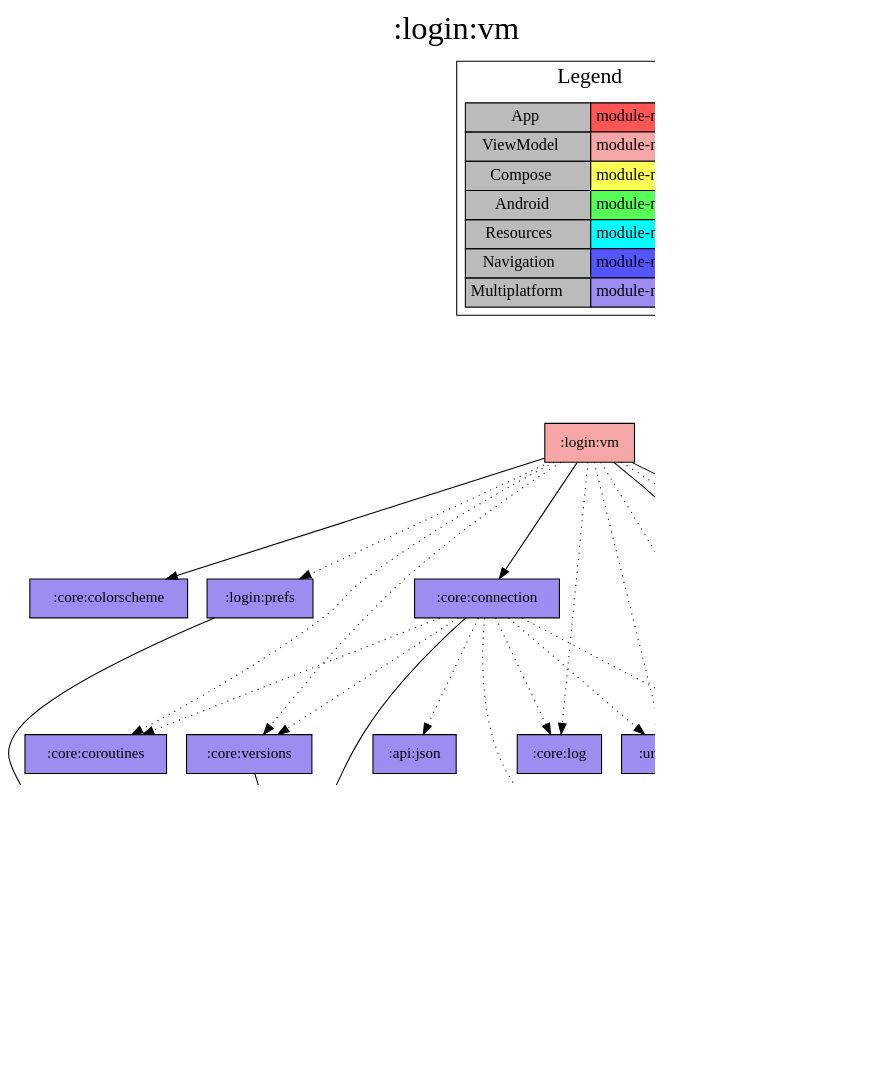
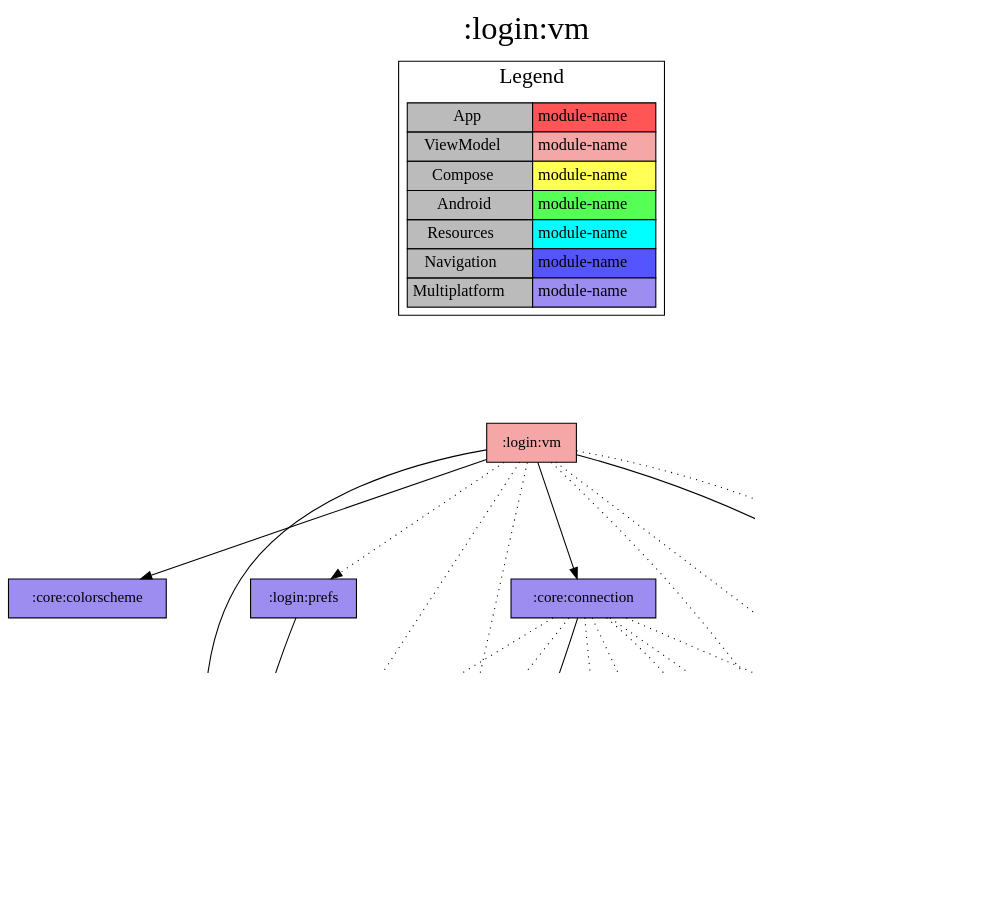
The diagram in modules/login/vm/project-dependency-graph.dot (jonapoul/aktual), drawn with Graphviz before and after one commit. The commit also changed 133 other files, not shown here.

```diff
--- a/modules/login/vm/project-dependency-graph.dot
+++ b/modules/login/vm/project-dependency-graph.dot
@@ -1,63 +1,62 @@
 digraph {
 edge ["dir"="forward"]
 graph ["dpi"="100","label"=":login:vm","labelloc"="t","fontsize"="30","ranksep"="1.5","rankdir"="TB"]
 node ["style"="filled"]
 ":login:vm" ["fillcolor"="#F5A6A6","shape"="box"]
 ":core:colorscheme" ["fillcolor"="#9D8DF1","shape"="box"]
 ":core:connection" ["fillcolor"="#9D8DF1","shape"="box"]
 ":core:buildconfig" ["fillcolor"="#9D8DF1","shape"="box"]
-":api:client" ["fillcolor"="#9D8DF1","shape"="box"]
-":api:model" ["fillcolor"="#9D8DF1","shape"="box"]
+":api:actual" ["fillcolor"="#9D8DF1","shape"="box"]
 ":login:model" ["fillcolor"="#9D8DF1","shape"="box"]
 ":url:model" ["fillcolor"="#9D8DF1","shape"="box"]
-":api:json" ["fillcolor"="#9D8DF1","shape"="box"]
+":api:core" ["fillcolor"="#9D8DF1","shape"="box"]
+":core:log" ["fillcolor"="#9D8DF1","shape"="box"]
 ":core:coroutines" ["fillcolor"="#9D8DF1","shape"="box"]
-":core:log" ["fillcolor"="#9D8DF1","shape"="box"]
 ":core:versions" ["fillcolor"="#9D8DF1","shape"="box"]
 ":url:prefs" ["fillcolor"="#9D8DF1","shape"="box"]
 ":login:prefs" ["fillcolor"="#9D8DF1","shape"="box"]
 {
 edge ["dir"="none"]
 graph ["rank"="same"]
 }
 ":login:vm" -> ":core:colorscheme"
 ":login:vm" -> ":core:connection"
 ":login:vm" -> ":login:model"
 ":login:vm" -> ":url:model"
-":login:vm" -> ":api:client" ["style"="dotted"]
-":login:vm" -> ":api:model" ["style"="dotted"]
+":login:vm" -> ":api:actual" ["style"="dotted"]
 ":login:vm" -> ":core:coroutines" ["style"="dotted"]
 ":login:vm" -> ":core:log" ["style"="dotted"]
 ":login:vm" -> ":core:versions" ["style"="dotted"]
 ":login:vm" -> ":login:prefs" ["style"="dotted"]
 ":login:vm" -> ":url:prefs" ["style"="dotted"]
 ":core:connection" -> ":core:buildconfig"
-":core:connection" -> ":api:client" ["style"="dotted"]
-":core:connection" -> ":api:json" ["style"="dotted"]
+":core:connection" -> ":api:actual" ["style"="dotted"]
+":core:connection" -> ":api:core" ["style"="dotted"]
 ":core:connection" -> ":core:coroutines" ["style"="dotted"]
 ":core:connection" -> ":core:log" ["style"="dotted"]
 ":core:connection" -> ":core:versions" ["style"="dotted"]
 ":core:connection" -> ":url:model" ["style"="dotted"]
 ":core:connection" -> ":url:prefs" ["style"="dotted"]
-":api:client" -> ":api:model"
-":api:client" -> ":url:model"
-":api:model" -> ":login:model"
+":api:actual" -> ":login:model"
+":api:actual" -> ":url:model"
+":api:core" -> ":core:log"
+":api:core" -> ":url:model"
 ":core:versions" -> ":core:buildconfig"
 ":url:prefs" -> ":url:model"
 ":login:prefs" -> ":login:model"
 subgraph "cluster_legend" {
 edge ["dir"="none"]
 graph ["label"="Legend","fontsize"="20"]
 "Legend" ["style"="filled","fillcolor"="#bbbbbb","shape"="none","margin"="0","fontsize"="15","label"=<
 <TABLE BORDER="0" CELLBORDER="1" CELLSPACING="0" CELLPADDING="4">
 <TR><TD>App</TD><TD BGCOLOR="#FF5555">module-name</TD></TR>
 <TR><TD>ViewModel</TD><TD BGCOLOR="#F5A6A6">module-name</TD></TR>
 <TR><TD>Compose</TD><TD BGCOLOR="#FFFF55">module-name</TD></TR>
 <TR><TD>Android</TD><TD BGCOLOR="#55FF55">module-name</TD></TR>
 <TR><TD>Resources</TD><TD BGCOLOR="#00FFFF">module-name</TD></TR>
 <TR><TD>Navigation</TD><TD BGCOLOR="#5555FF">module-name</TD></TR>
 <TR><TD>Multiplatform</TD><TD BGCOLOR="#9D8DF1">module-name</TD></TR>
 </TABLE>
 >]
 } -> ":login:vm" ["style"="invis"]
 }
```
